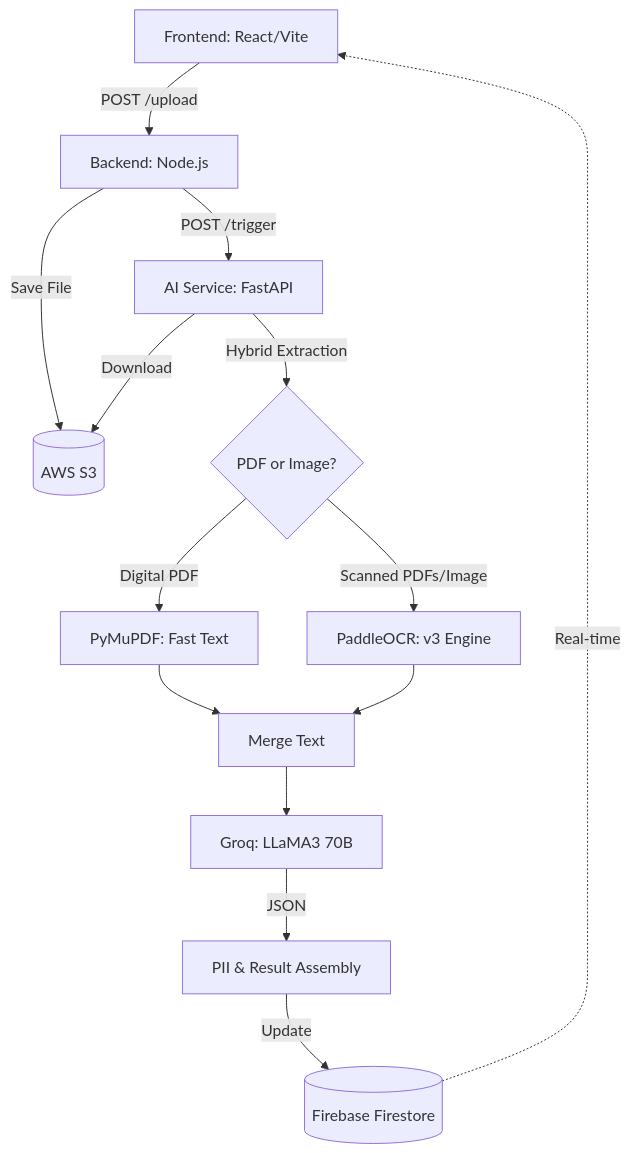
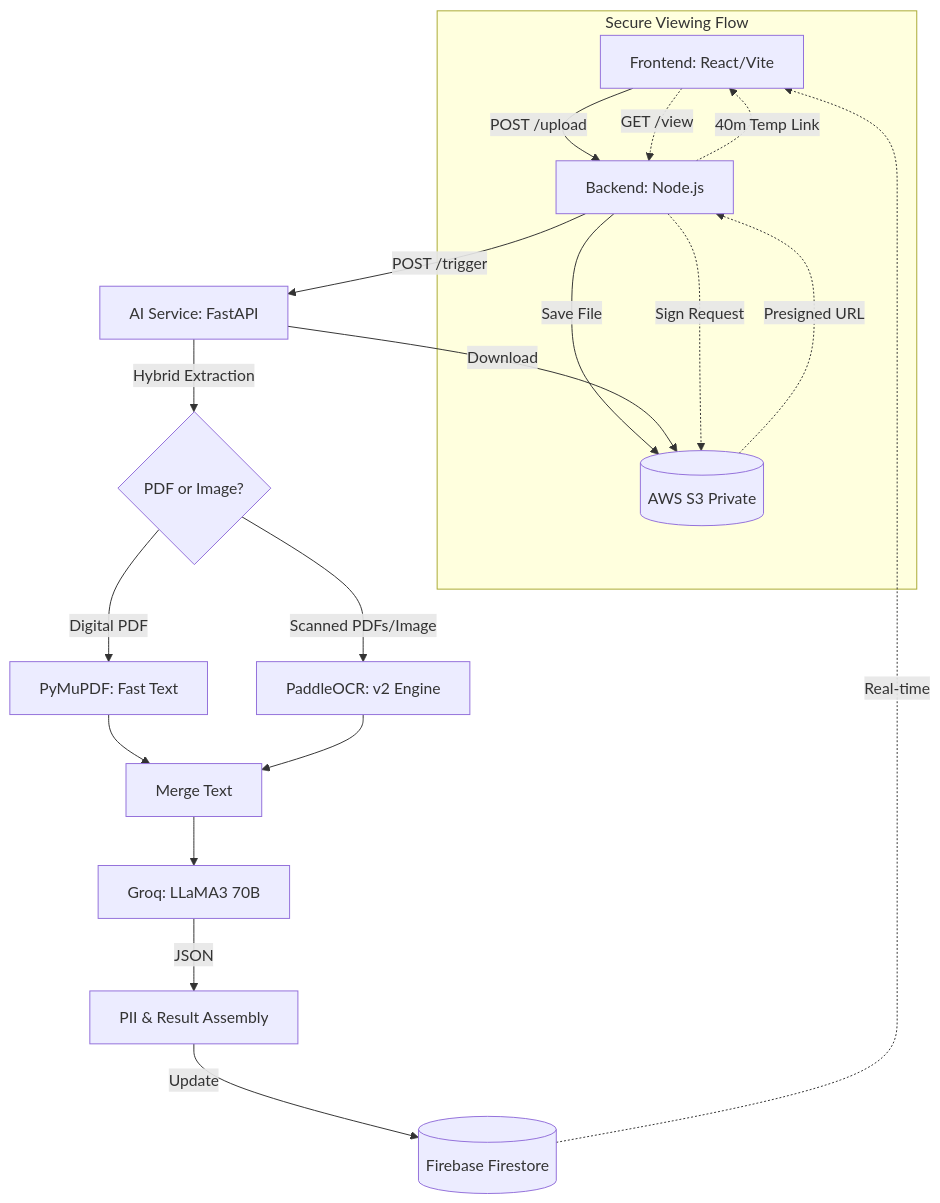
One commit to Harshilagg/DocumentProcessorAI changed the diagram in README.md. Above: the diagram before and after it, drawn with Mermaid. The commit also changed other lines of this file, not shown here.

````diff
--- a/README.md
+++ b/README.md
@@ -18,16 +44,23 @@
 ```mermaid
 graph TD
     A[Frontend: React/Vite] -->|POST /upload| B[Backend: Node.js]
-    B -->|Save File| C[(AWS S3)]
+    B -->|Save File| C[(AWS S3 Private)]
     B -->|POST /trigger| D[AI Service: FastAPI]
     D -->|Download| C
     D -->|Hybrid Extraction| E{PDF or Image?}
     E -->|Digital PDF| F[PyMuPDF: Fast Text]
-    E -->|Scanned PDFs/Image| G[PaddleOCR: v3 Engine]
+    E -->|Scanned PDFs/Image| G[PaddleOCR: v2 Engine]
     F --> H[Merge Text]
     G --> H
     H --> I[Groq: LLaMA3 70B]
     I -->|JSON| J[PII & Result Assembly]
     J -->|Update| K[(Firebase Firestore)]
     K -.->|Real-time| A
+    
+    subgraph "Secure Viewing Flow"
+    A -.->|GET /view| B
+    B -.->|Sign Request| C
+    C -.->|Presigned URL| B
+    B -.->|40m Temp Link| A
+    end
 ```
````
